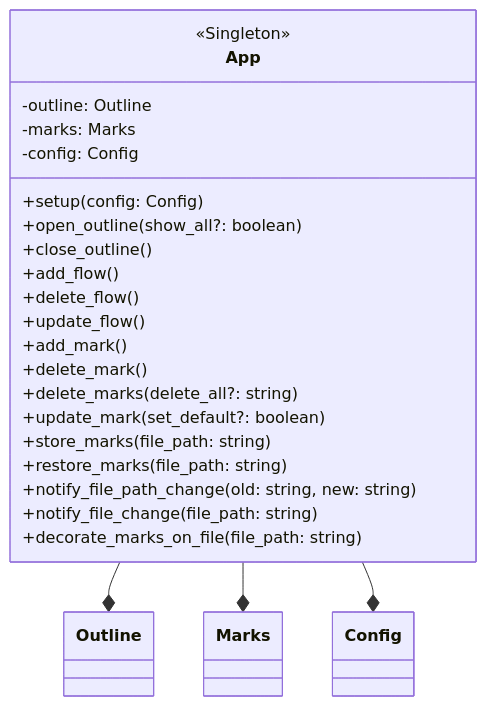
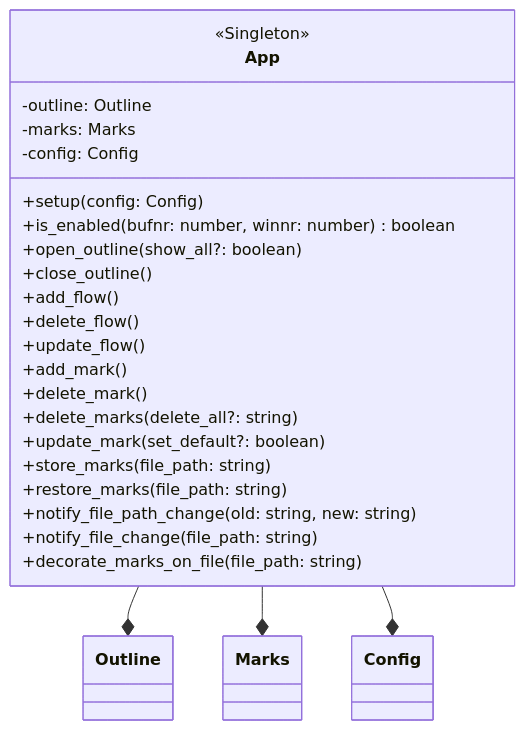
The first of 17 diagrams in DESIGN.md (niuiic/track.nvim), drawn with Mermaid before and after one commit. The commit also changed other lines of this file and 5 other files, not shown here.

````diff
--- a/DESIGN.md
+++ b/DESIGN.md
@@ -29,33 +29,35 @@
 ```mermaid
 classDiagram
     App --* Outline
     App --* Marks
     App --* Config
     class App {
         <<Singleton>>
 
         -outline: Outline
         -marks: Marks
         -config: Config
 
         %% config
         +setup(config: Config)
+        %% enable
+        +is_enabled(bufnr: number, winnr: number) boolean
         %% outline
         +open_outline(show_all?: boolean)
         +close_outline()
         %% flow
         +add_flow()
         +delete_flow()
         +update_flow()
         %% mark
         +add_mark()
         +delete_mark()
         +delete_marks(delete_all?: string)
         +update_mark(set_default?: boolean)
         +store_marks(file_path: string)
         +restore_marks(file_path: string)
         +notify_file_path_change(old: string, new: string)
         +notify_file_change(file_path: string)
         +decorate_marks_on_file(file_path: string)
     }
 ```
````
